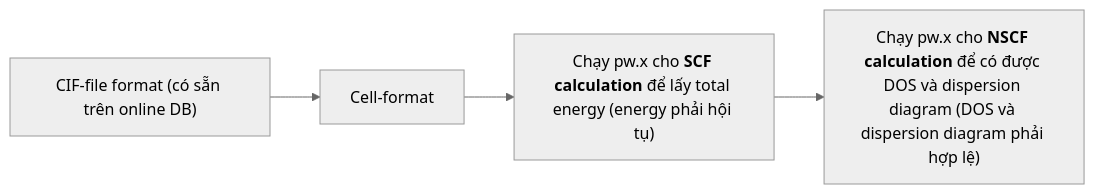
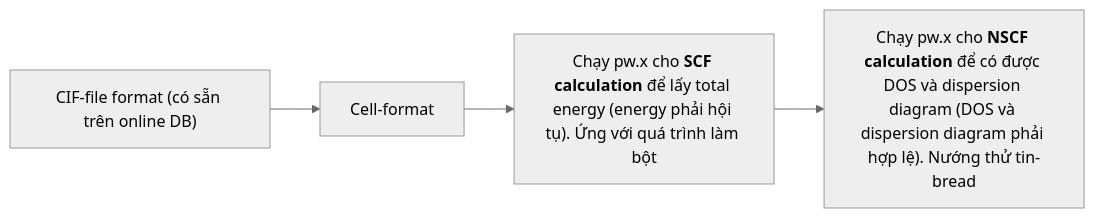
The diagram in README.md (baolongnguyenmac/qe_tutorial), drawn with Mermaid (neutral theme) before and after one commit. The commit also changed other lines of this file and 10 other files, not shown here.

````diff
--- a/README.md
+++ b/README.md
@@ -18,14 +18,14 @@
 ```mermaid
 %%{init: {"flowchart": {"htmlLabels": false}} }%%
 flowchart LR
     cif["`CIF-file format (có sẵn trên online DB)
     `"]
 
     cell["`Cell-format`"]
 
-    SCF["`Chạy pw.x cho **SCF calculation** để lấy total energy (energy phải hội tụ)`"]
+    SCF["`Chạy pw.x cho **SCF calculation** để lấy total energy (energy phải hội tụ). Ứng với quá trình làm bột`"]
 
-    NSCF["`Chạy pw.x cho **NSCF calculation** để có được DOS và dispersion diagram (DOS và dispersion diagram phải hợp lệ)`"]
+    NSCF["`Chạy pw.x cho **NSCF calculation** để có được DOS và dispersion diagram (DOS và dispersion diagram phải hợp lệ). Nướng thử tin-bread`"]
 
     cif --> cell --> SCF --> NSCF
 ```
````
